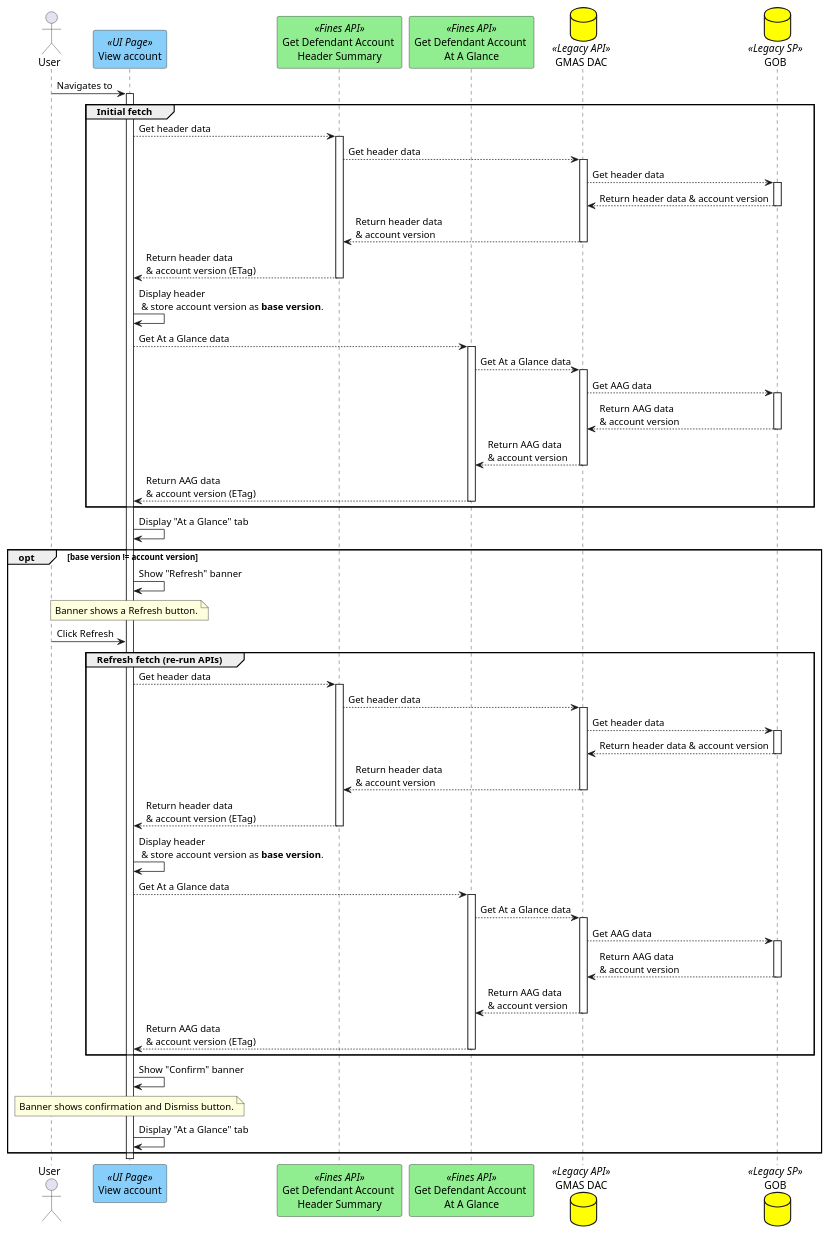
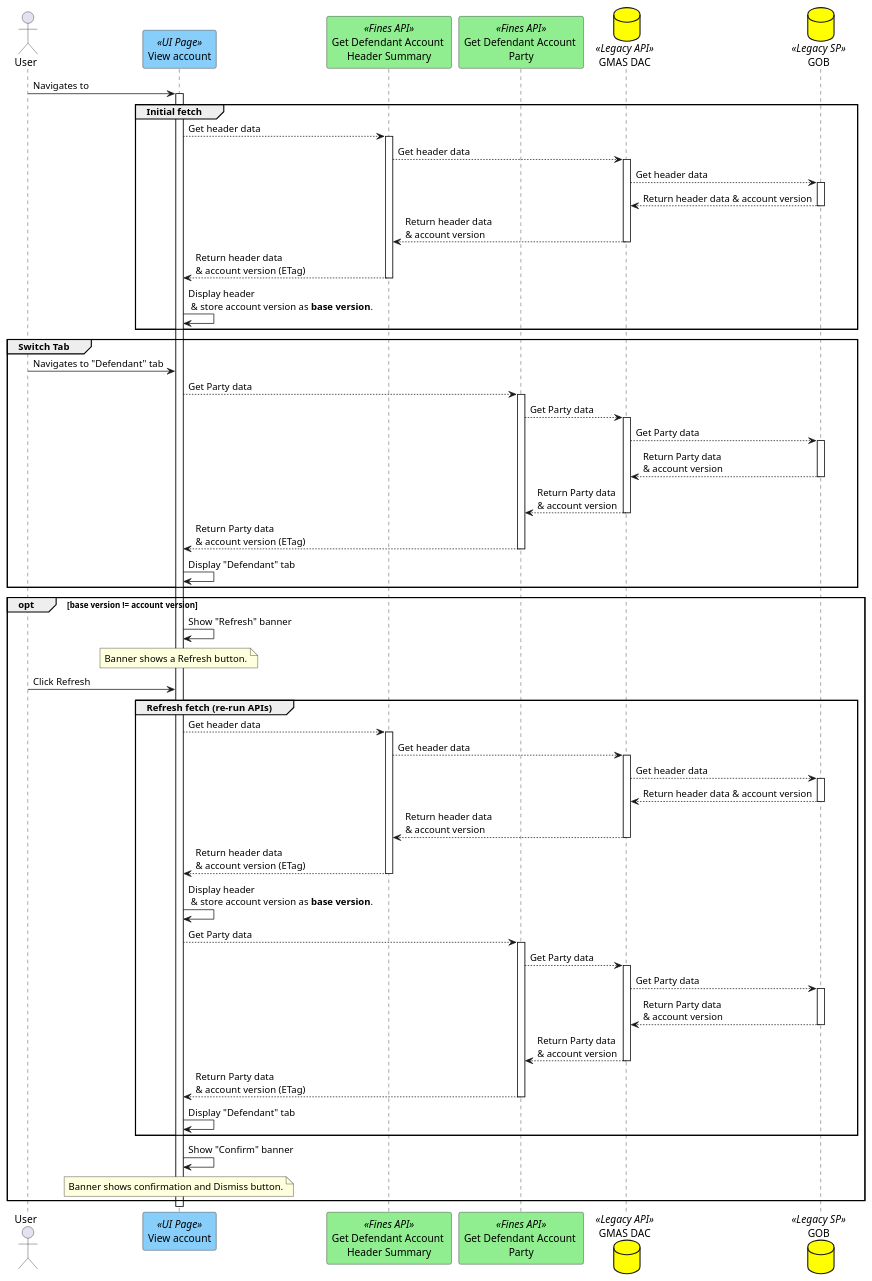
One commit to hmcts/opal-docs changed the diagram in plantUML/fae-concurency-error-handling/fae-account-header-summary-version-legacy.puml. Above: the diagram before and after it, drawn with PlantUML. The commit also changed 1 other file, not shown here.

Commit message:
fae concurrency and eh diagrams

```diff
--- a/plantUML/fae-concurency-error-handling/fae-account-header-summary-version-legacy.puml
+++ b/plantUML/fae-concurency-error-handling/fae-account-header-summary-version-legacy.puml
@@ -1,59 +1,62 @@
 @startuml
 actor "User" as user
 participant "View account" as viewAccount <<UI Page>> #lightskyblue
 participant "Get Defendant Account \nHeader Summary" as getHeaderApi <<Fines API>> #lightgreen
-participant "Get Defendant Account \nAt A Glance" as getAAGApi <<Fines API>> #lightgreen
+participant "Get Defendant Account \nParty" as getAAGApi <<Fines API>> #lightgreen
 database "GMAS DAC" as legacyApi <<Legacy API>> #yellow
 database "GOB" as db <<Legacy SP>>#yellow
 
 user ->  viewAccount ++ : Navigates to
 
 group Initial fetch
   viewAccount --> getHeaderApi ++: Get header data
   getHeaderApi --> legacyApi ++ : Get header data
     legacyApi --> db ++ : Get header data
     db --> legacyApi -- : Return header data & account version
     legacyApi --> getHeaderApi -- : Return header data\n& account version
   getHeaderApi --> viewAccount -- : Return header data\n& account version (ETag)
   viewAccount -> viewAccount : Display header\n & store account version as <b>base version</b>.
 
+end
 
-  viewAccount --> getAAGApi ++: Get At a Glance data
-  getAAGApi --> legacyApi ++ : Get At a Glance data
-  legacyApi --> db ++ : Get AAG data
-  db --> legacyApi -- : Return AAG data \n& account version
-  legacyApi --> getAAGApi -- : Return AAG data \n& account version
-  getAAGApi --> viewAccount -- : Return AAG data\n& account version (ETag)
+group Switch Tab
+user -> viewAccount :Navigates to "Defendant" tab
+    viewAccount --> getAAGApi ++: Get Party data
+    getAAGApi --> legacyApi ++ : Get Party data
+    legacyApi --> db ++ : Get Party data
+    db --> legacyApi -- : Return Party data \n& account version
+    legacyApi --> getAAGApi -- : Return Party data \n& account version
+    getAAGApi --> viewAccount -- : Return Party data\n& account version (ETag)
+    viewAccount -> viewAccount : Display "Defendant" tab
 end
-viewAccount -> viewAccount : Display "At a Glance" tab
+
 opt base version != account version
   viewAccount -> viewAccount : Show "Refresh" banner
   note over viewAccount
     Banner shows a Refresh button.
   end note
     user -> viewAccount : Click Refresh
     group Refresh fetch (re-run APIs)
   viewAccount --> getHeaderApi ++: Get header data
   getHeaderApi --> legacyApi ++ : Get header data
     legacyApi --> db ++ : Get header data
     db --> legacyApi -- : Return header data & account version
     legacyApi --> getHeaderApi -- : Return header data\n& account version
   getHeaderApi --> viewAccount -- : Return header data\n& account version (ETag)
   viewAccount -> viewAccount : Display header\n & store account version as <b>base version</b>.
 
-
-  viewAccount --> getAAGApi ++: Get At a Glance data
-  getAAGApi --> legacyApi ++ : Get At a Glance data
-  legacyApi --> db ++ : Get AAG data
-  db --> legacyApi -- : Return AAG data \n& account version
-  legacyApi --> getAAGApi -- : Return AAG data \n& account version
-  getAAGApi --> viewAccount -- : Return AAG data\n& account version (ETag)
+    viewAccount --> getAAGApi ++: Get Party data
+    getAAGApi --> legacyApi ++ : Get Party data
+    legacyApi --> db ++ : Get Party data
+    db --> legacyApi -- : Return Party data \n& account version
+    legacyApi --> getAAGApi -- : Return Party data \n& account version
+    getAAGApi --> viewAccount -- : Return Party data\n& account version (ETag)
+    viewAccount -> viewAccount : Display "Defendant" tab
 end
     viewAccount -> viewAccount : Show "Confirm" banner
       note over viewAccount
         Banner shows confirmation and Dismiss button.
       end note
-    viewAccount -> viewAccount : Display "At a Glance" tab
 end
 
 @enduml
```
